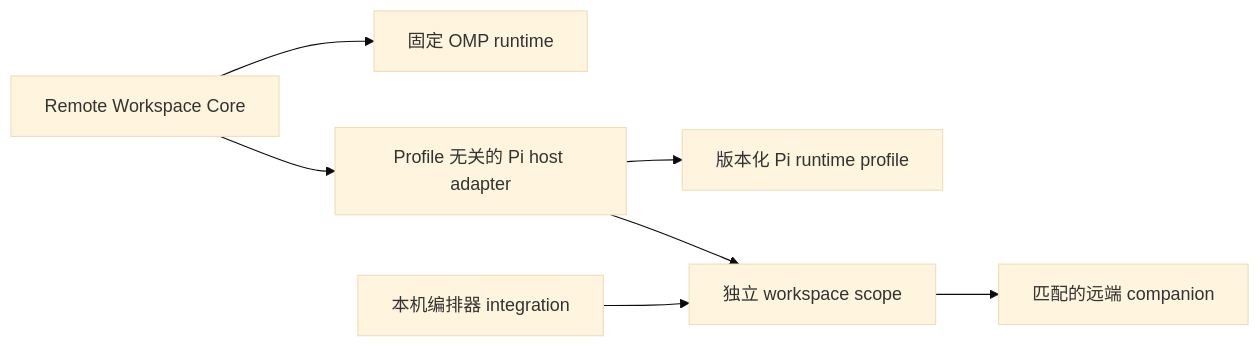
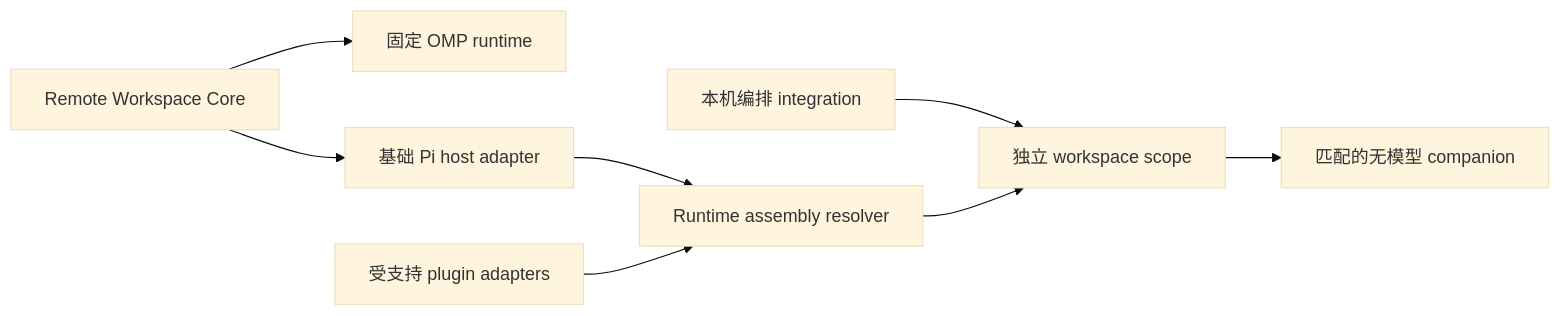
The diagram in README.zh-CN.md (fuyao66/omp-ssh-remote), drawn with Mermaid (base theme) before and after one commit. The commit also changed other lines of this file and 33 other files, not shown here.

First line of the commit message:
refactor(pi): implement dynamic runtime assembly and update AFT adapter to 0.51.3

````diff
--- a/README.zh-CN.md
+++ b/README.zh-CN.md
@@ -57,9 +60,10 @@
 ```mermaid
 flowchart LR
   Core[Remote Workspace Core] --> OMP[固定 OMP runtime]
-  Core --> PiHost[Profile 无关的 Pi host adapter]
-  PiHost --> Profile[版本化 Pi runtime profile]
-  PiHost --> Scope[独立 workspace scope]
-  Integration[本机编排器 integration] --> Scope
-  Scope --> Companion[匹配的远端 companion]
+  Core --> PiHost[基础 Pi host adapter]
+  PiHost --> Resolver[Runtime assembly resolver]
+  PluginAdapters[受支持 plugin adapters] --> Resolver
+  Integration[本机编排 integration] --> Scope[独立 workspace scope]
+  Resolver --> Scope
+  Scope --> Companion[匹配的无模型 companion]
 ```
````
